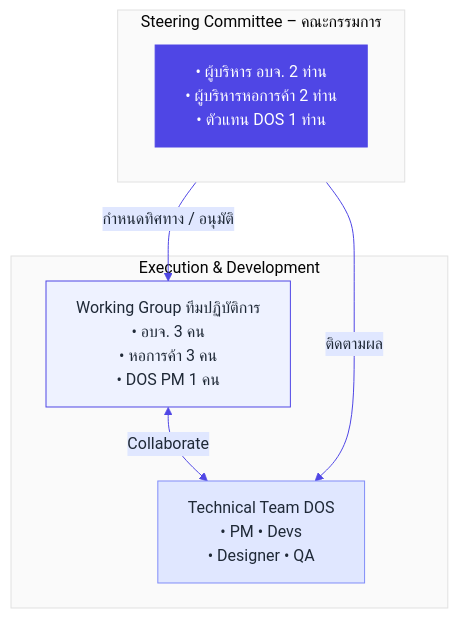
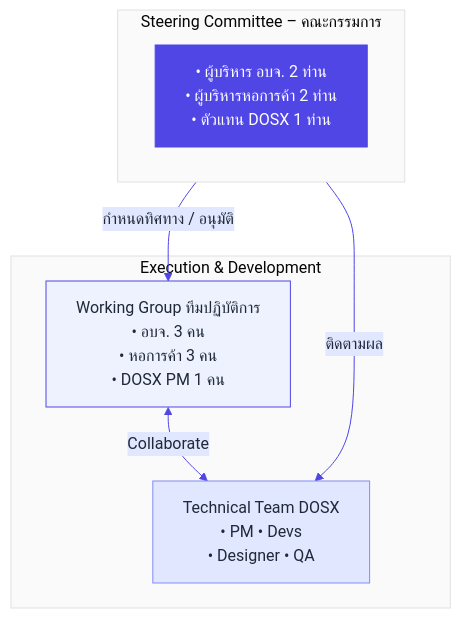
The second of 5 diagrams in 01 Proposals/Proposal_KueKan_PAO_NCC_McKinsey-Shorten.md (tlejay/Kuekan), drawn with Mermaid before and after one commit. The commit also changed other lines of this file, not shown here.

````diff
--- a/01 Proposals/Proposal_KueKan_PAO_NCC_McKinsey-Shorten.md
+++ b/01 Proposals/Proposal_KueKan_PAO_NCC_McKinsey-Shorten.md
@@ -218,20 +218,20 @@
 ```mermaid
 %%{init: {'theme': 'base', 'themeVariables': { 'primaryColor': '#EEF2FF', 'primaryTextColor': '#1F2937', 'primaryBorderColor': '#4F46E5', 'lineColor': '#4F46E5', 'secondaryColor': '#E0E7FF', 'tertiaryColor': '#FAFAFA', 'fontFamily': 'IBM Plex Sans Thai, Inter, sans-serif'}}}%%
 graph TD
     subgraph Steering [Steering Committee – คณะกรรมการ]
-        SC_Members[• ผู้บริหาร อบจ. 2 ท่าน<br/>• ผู้บริหารหอการค้า 2 ท่าน<br/>• ตัวแทน DOS 1 ท่าน]
+        SC_Members[• ผู้บริหาร อบจ. 2 ท่าน<br/>• ผู้บริหารหอการค้า 2 ท่าน<br/>• ตัวแทน DOSX 1 ท่าน]
     end
 
     subgraph Execution [Execution & Development]
-        WG[Working Group ทีมปฏิบัติการ<br/>• อบจ. 3 คน<br/>• หอการค้า 3 คน<br/>• DOS PM 1 คน]
-        Tech[Technical Team DOS<br/>• PM • Devs<br/>• Designer • QA]
+        WG[Working Group ทีมปฏิบัติการ<br/>• อบจ. 3 คน<br/>• หอการค้า 3 คน<br/>• DOSX PM 1 คน]
+        Tech[Technical Team DOSX<br/>• PM • Devs<br/>• Designer • QA]
     end
 
     Steering -->|กำหนดทิศทาง / อนุมัติ| WG
     Steering -->|ติดตามผล| Tech
     WG <--> |Collaborate| Tech
 
     style SC_Members fill:#4F46E5,stroke:#4F46E5,color:#fff
     style WG fill:#EEF2FF,stroke:#4F46E5
     style Tech fill:#E0E7FF,stroke:#818CF8
 ```
````
